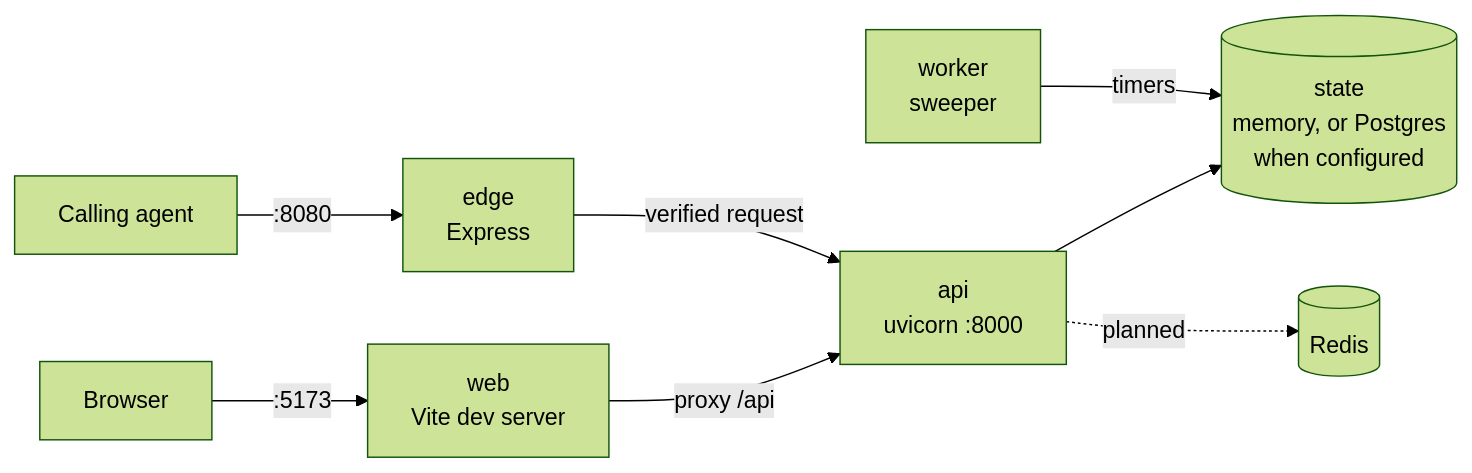
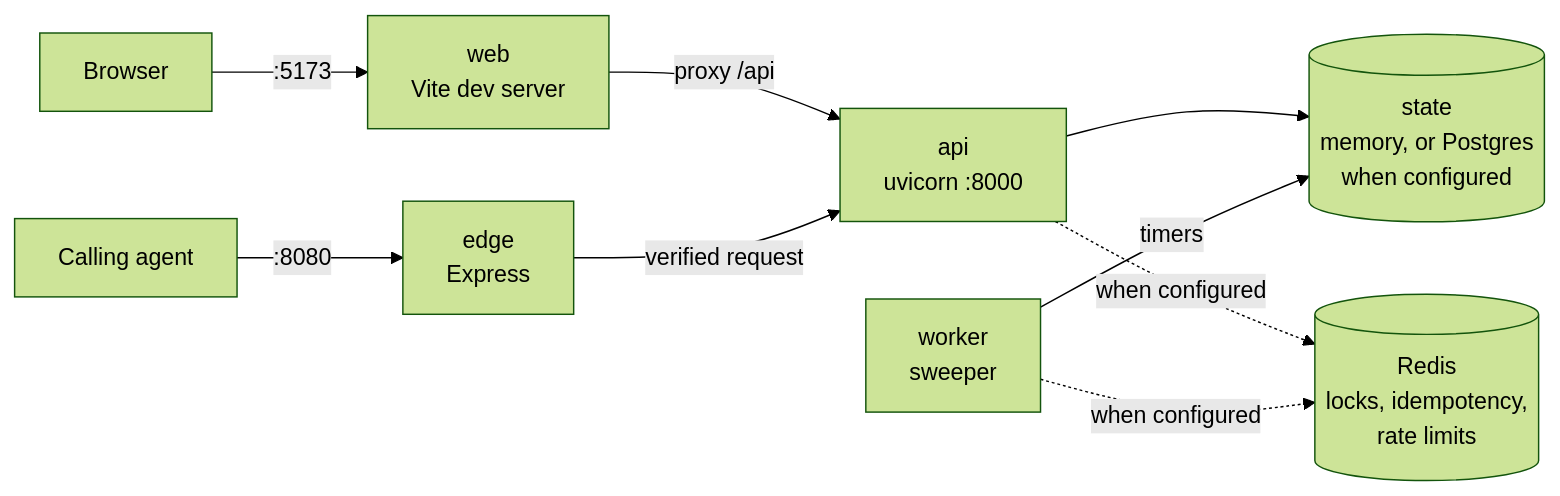
One commit to vanduc2514/hackathon-circle-misthos changed the second of 7 diagrams in docs/ARCHITECTURE.md. Above: the diagram before and after it, drawn with Mermaid (forest theme). The commit also changed other lines of this file and 31 other files, not shown here.

````diff
--- a/docs/ARCHITECTURE.md
+++ b/docs/ARCHITECTURE.md
@@ -237,12 +237,13 @@
 ```mermaid
 flowchart LR
     BROWSER["Browser"] -->|":5173"| WEB["web<br/>Vite dev server"]
     AGENT["Calling agent"] -->|":8080"| EDG["edge<br/>Express"]
 
     WEB -->|"proxy /api"| API["api<br/>uvicorn :8000"]
     EDG -->|"verified request"| API
 
     API --> ST[("state<br/>memory, or Postgres<br/>when configured")]
     WORKER["worker<br/>sweeper"] -->|"timers"| ST
-    API -.->|"planned"| RD[("Redis")]
+    API -.->|"when configured"| RD[("Redis<br/>locks, idempotency,<br/>rate limits")]
+    WORKER -.->|"when configured"| RD
 ```
````
